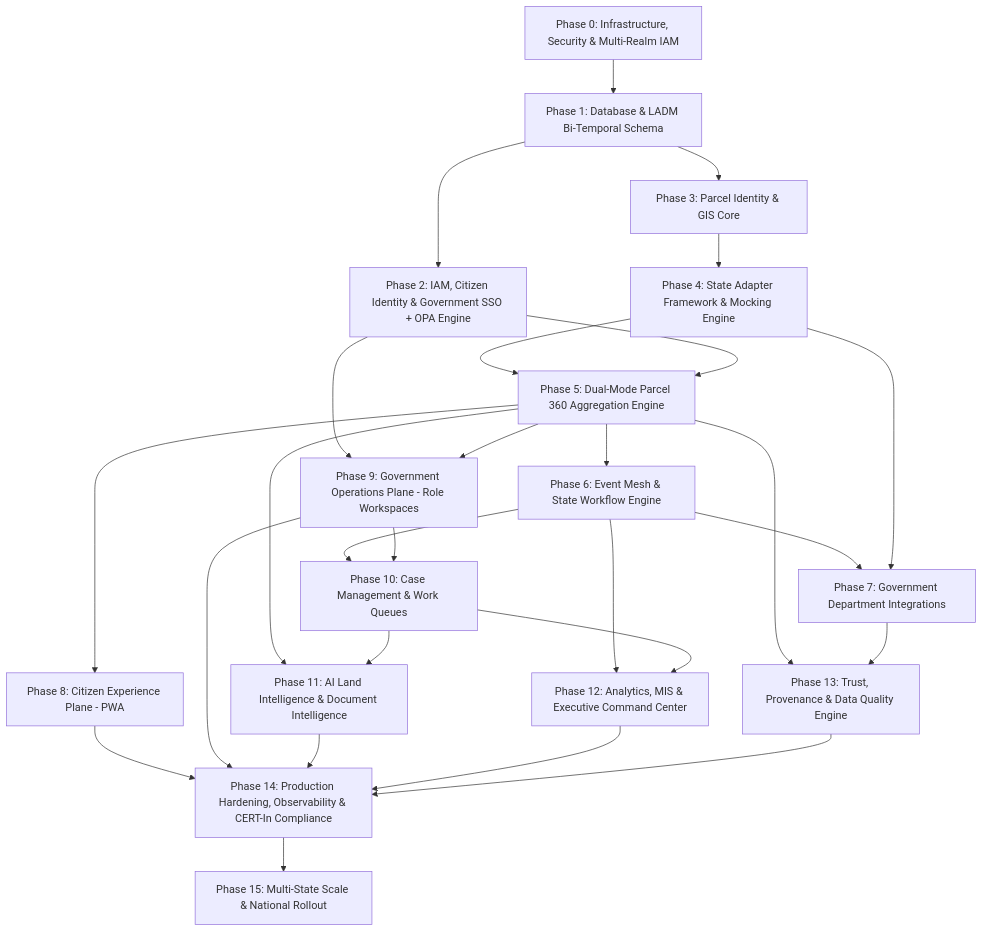
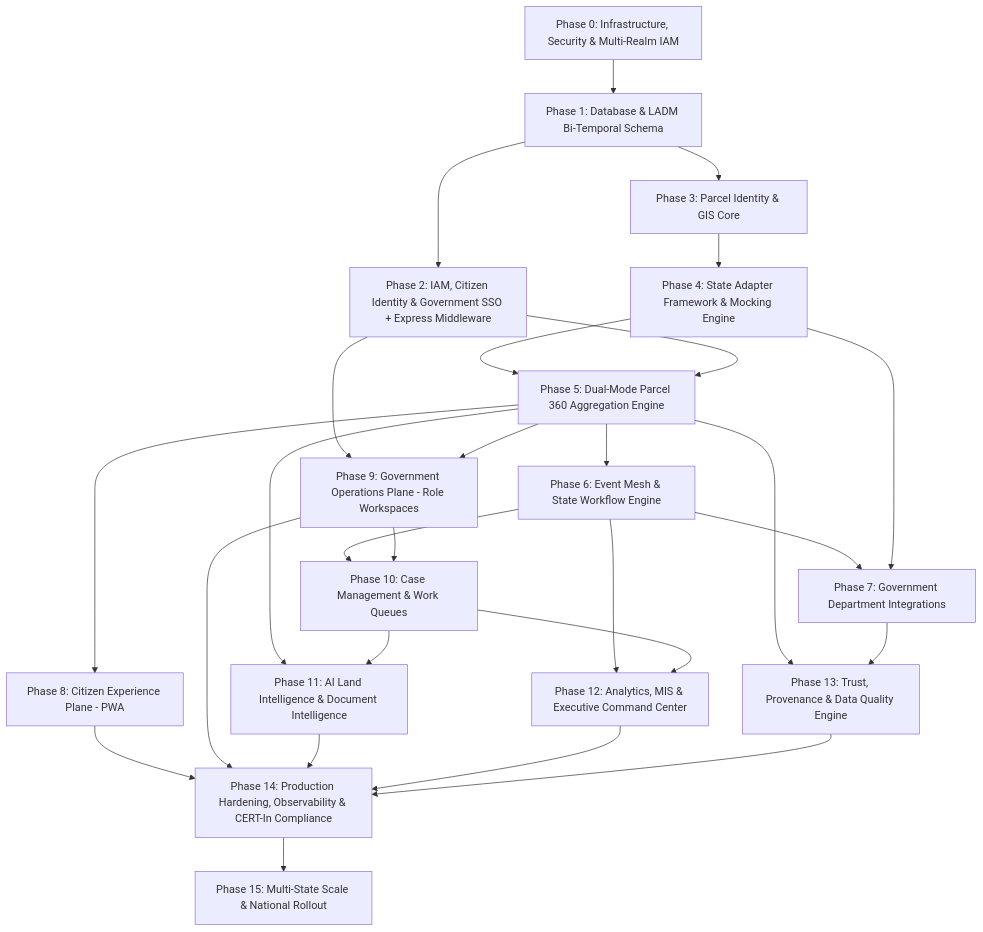
Before and after one commit to Abhishekgujar28/LAND-STACK: the first of 2 diagrams in docs/main-docs/phases.md, drawn with Mermaid. The commit also changed other lines of this file and 53 other files, not shown here.

````diff
--- a/docs/main-docs/phases.md
+++ b/docs/main-docs/phases.md
@@ -18,46 +20,46 @@
 ```mermaid
 flowchart TD
     P0[Phase 0: Infrastructure, Security & Multi-Realm IAM]
     P1[Phase 1: Database & LADM Bi-Temporal Schema]
-    P2[Phase 2: IAM, Citizen Identity & Government SSO + OPA Engine]
+    P2[Phase 2: IAM, Citizen Identity & Government SSO + Express Middleware]
     P3[Phase 3: Parcel Identity & GIS Core]
     P4[Phase 4: State Adapter Framework & Mocking Engine]
     P5[Phase 5: Dual-Mode Parcel 360 Aggregation Engine]
     P6[Phase 6: Event Mesh & State Workflow Engine]
     P7[Phase 7: Government Department Integrations]
     P8[Phase 8: Citizen Experience Plane - PWA]
     P9[Phase 9: Government Operations Plane - Role Workspaces]
     P10[Phase 10: Case Management & Work Queues]
     P11[Phase 11: AI Land Intelligence & Document Intelligence]
     P12[Phase 12: Analytics, MIS & Executive Command Center]
     P13[Phase 13: Trust, Provenance & Data Quality Engine]
     P14[Phase 14: Production Hardening, Observability & CERT-In Compliance]
     P15[Phase 15: Multi-State Scale & National Rollout]
 
     P0 --> P1
     P1 --> P2
     P1 --> P3
     P3 --> P4
     P4 --> P5
     P2 --> P5
     P5 --> P6
     P6 --> P7
     P4 --> P7
     P5 --> P8
     P2 --> P9
     P5 --> P9
     P6 --> P10
     P9 --> P10
     P5 --> P11
     P10 --> P11
     P6 --> P12
     P10 --> P12
     P5 --> P13
     P7 --> P13
     P8 --> P14
     P9 --> P14
     P11 --> P14
     P12 --> P14
     P13 --> P14
     P14 --> P15
 ```
````
